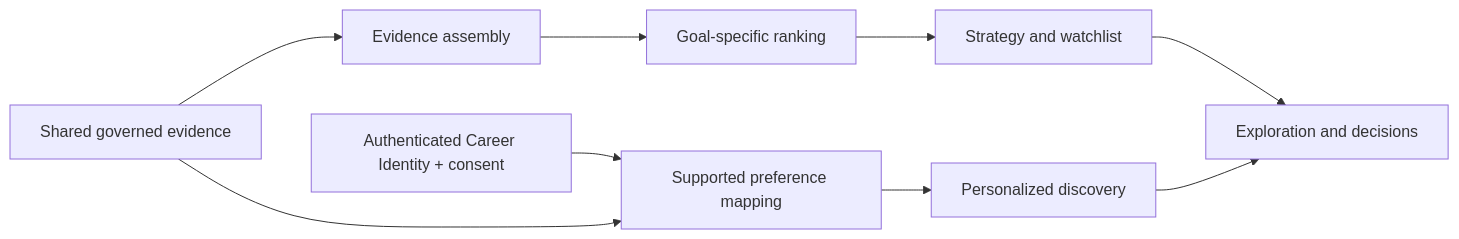
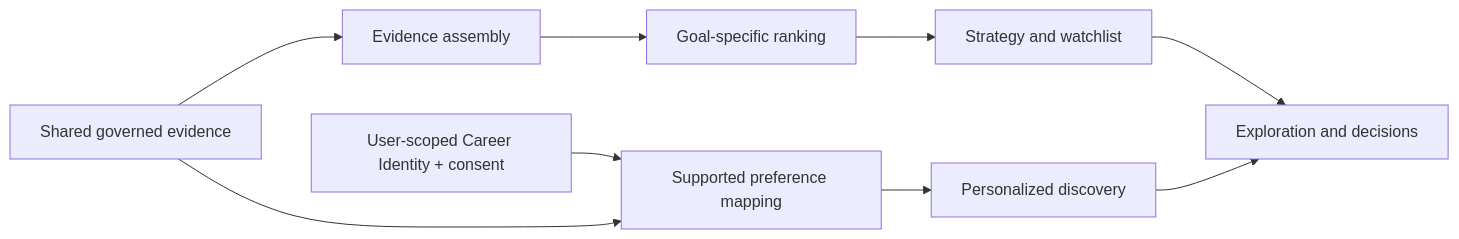
The diagram in docs/DECISION_INTELLIGENCE.md (Sikes1112/job-market-intelligence), drawn with Mermaid before and after one commit. The commit also changed other lines of this file and 18 other files, not shown here.

````diff
--- a/docs/DECISION_INTELLIGENCE.md
+++ b/docs/DECISION_INTELLIGENCE.md
@@ -14,11 +14,11 @@
 ```mermaid
 flowchart LR
   E[Shared governed evidence] --> A[Evidence assembly]
   A --> R[Goal-specific ranking]
   R --> S[Strategy and watchlist]
-  I[Authenticated Career Identity + consent] --> P[Supported preference mapping]
+  I[User-scoped Career Identity + consent] --> P[Supported preference mapping]
   E --> P
   P --> F[Personalized discovery]
   S --> D[Exploration and decisions]
   F --> D
 ```
````
